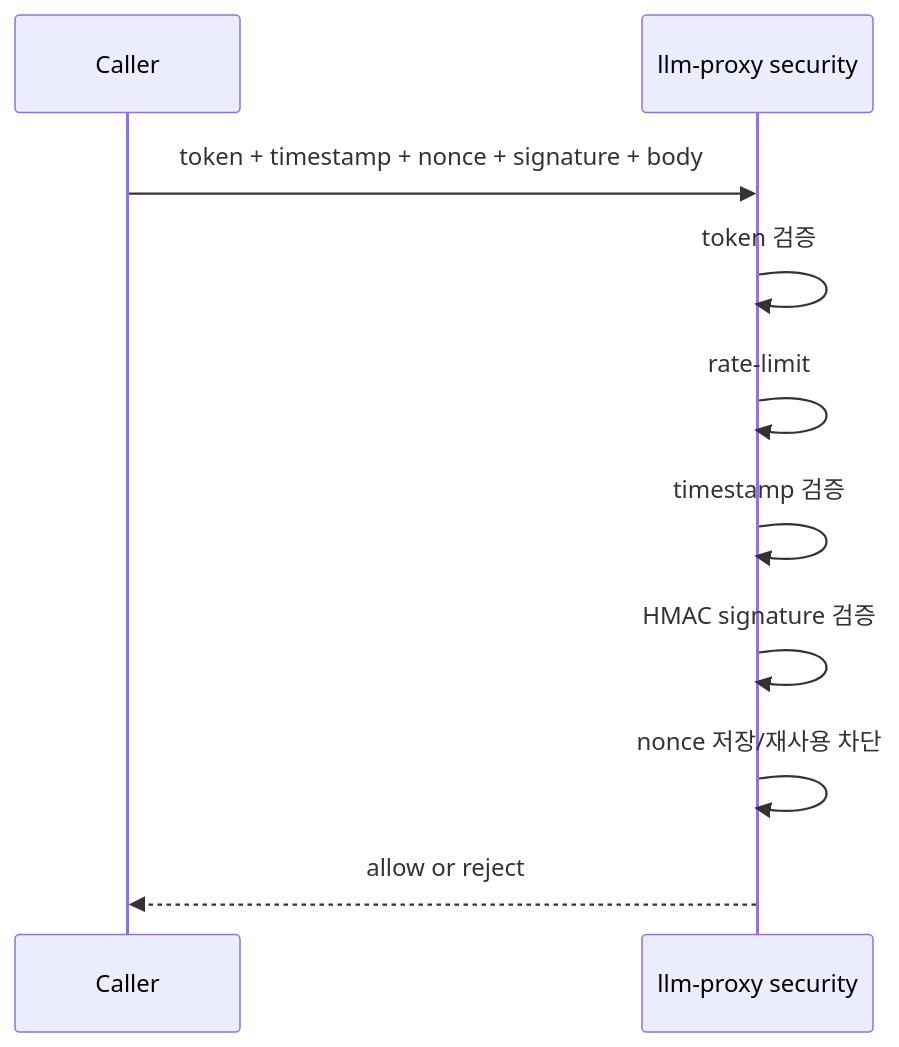
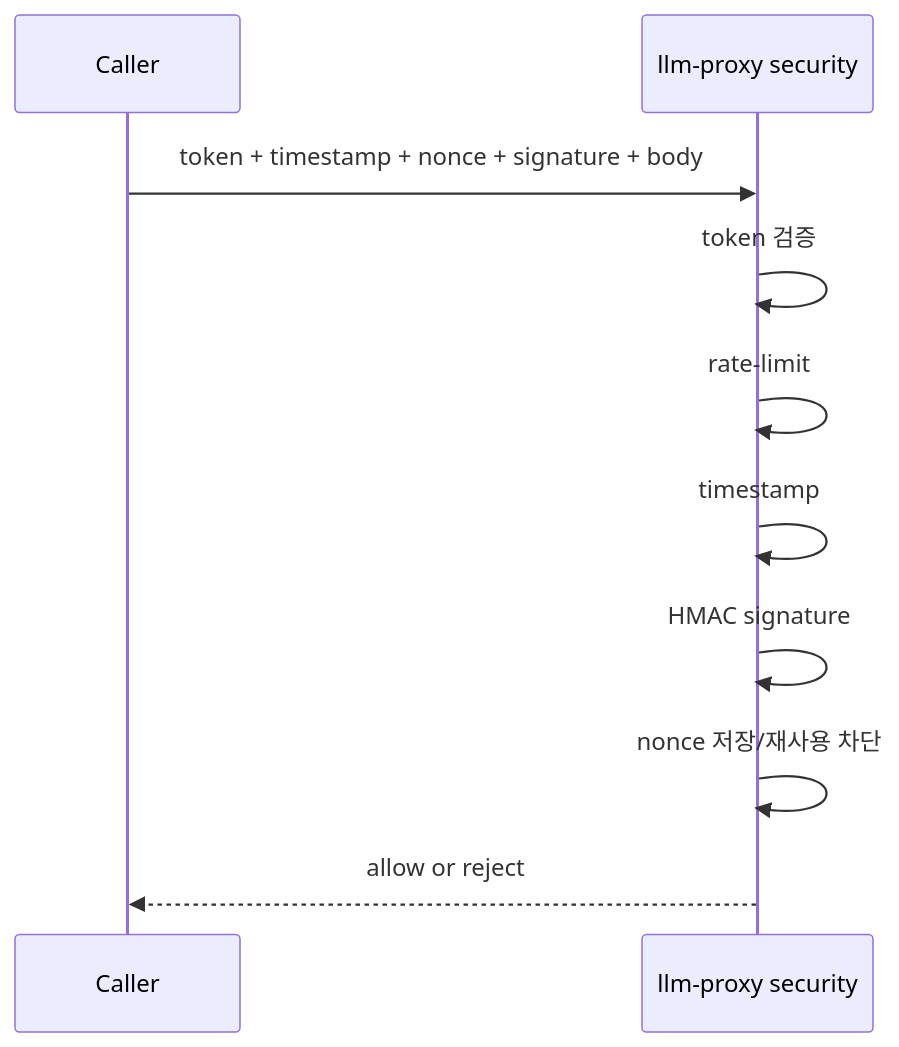
Before and after one commit to Merchantlee99/Personal-AI-agent-v2: the second of 2 diagrams in docs/SECURITY_BASELINE.md, drawn with Mermaid. The commit also changed other lines of this file and 5 other files, not shown here.

Commit message:
docs: clarity pass for architecture, operations, security, and use-cases

````diff
--- a/docs/SECURITY_BASELINE.md
+++ b/docs/SECURITY_BASELINE.md
@@ -48,13 +49,13 @@
 ```mermaid
 sequenceDiagram
   participant C as Caller
   participant P as llm-proxy security
 
   C->>P: token + timestamp + nonce + signature + body
   P->>P: token 검증
   P->>P: rate-limit
-  P->>P: timestamp 검증
-  P->>P: HMAC signature 검증
+  P->>P: timestamp
+  P->>P: HMAC signature
   P->>P: nonce 저장/재사용 차단
   P-->>C: allow or reject
 ```
````
